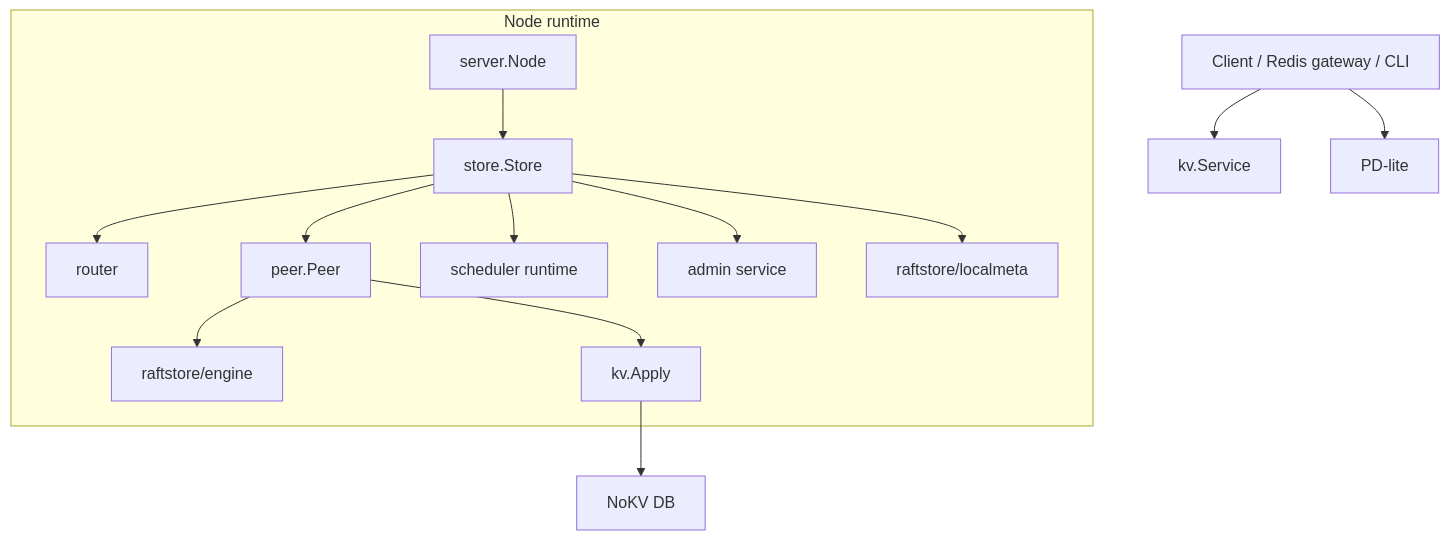
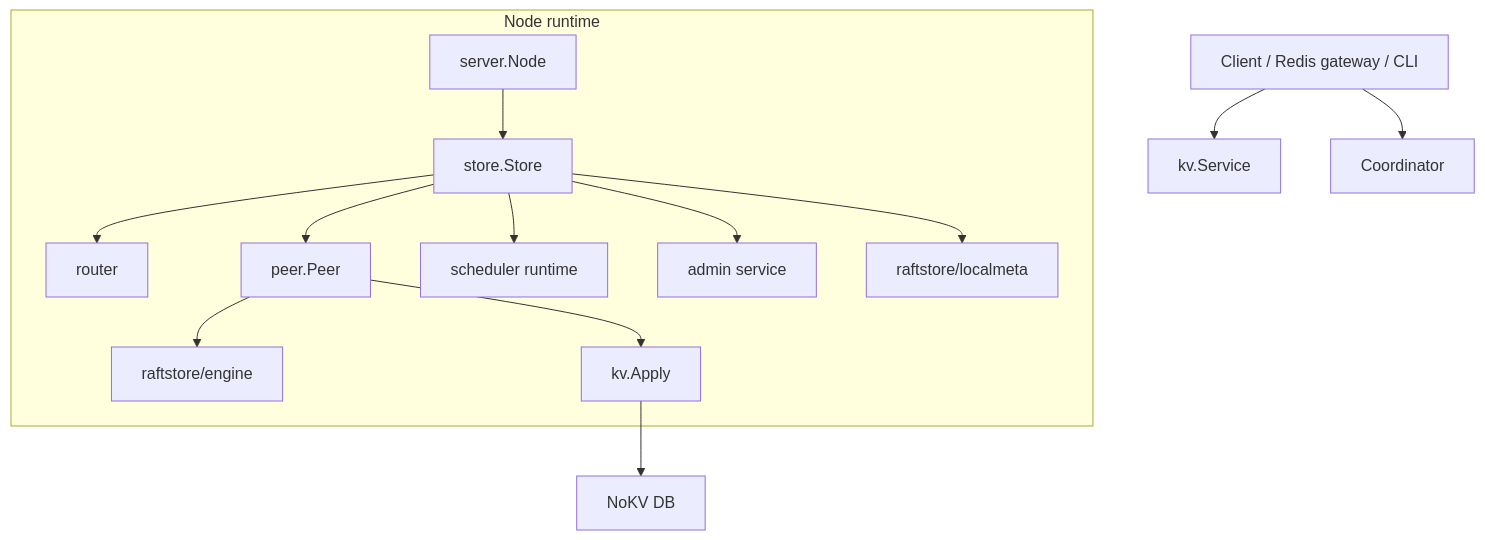
Before and after one commit to feichai0017/NoKV: the first of 2 diagrams in docs/raftstore.md, drawn with Mermaid. The commit also changed other lines of this file and 118 other files, not shown here.

````diff
--- a/docs/raftstore.md
+++ b/docs/raftstore.md
@@ -30,19 +30,19 @@
 ```mermaid
 flowchart TD
     Client["Client / Redis gateway / CLI"]
     Client --> KV["kv.Service"]
-    Client --> PD["PD-lite"]
+    Client --> Coordinator["Coordinator"]
 
     subgraph "Node runtime"
         Server["server.Node"] --> Store["store.Store"]
         Store --> Router["router"]
         Store --> Peer["peer.Peer"]
         Store --> Scheduler["scheduler runtime"]
         Store --> Admin["admin service"]
         Store --> Meta["raftstore/localmeta"]
         Peer --> Engine["raftstore/engine"]
         Peer --> Apply["kv.Apply"]
     end
 
     Apply --> DB["NoKV DB"]
 ```
````
